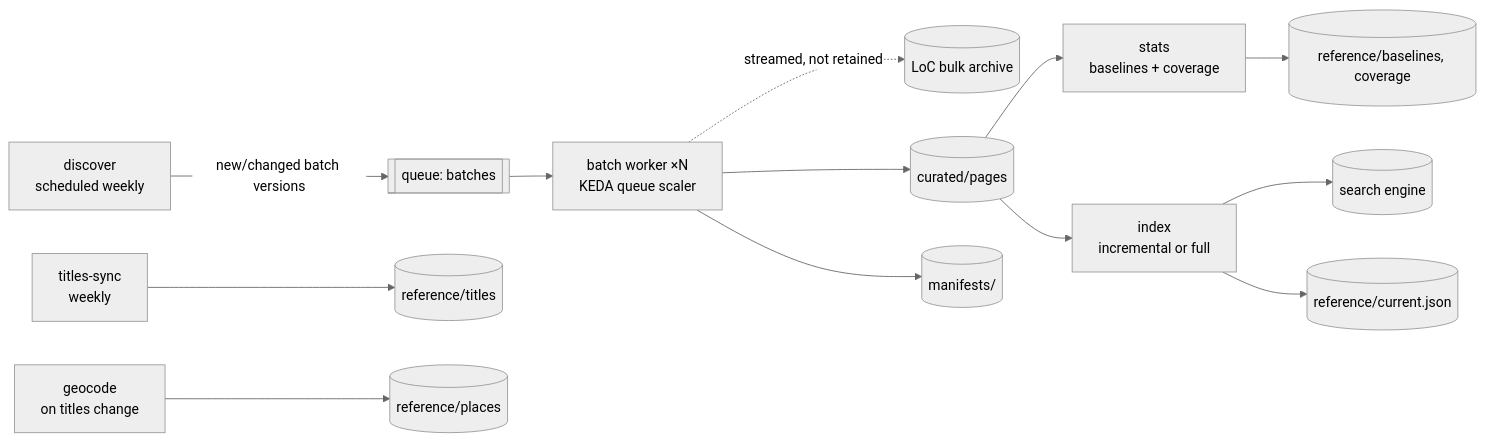
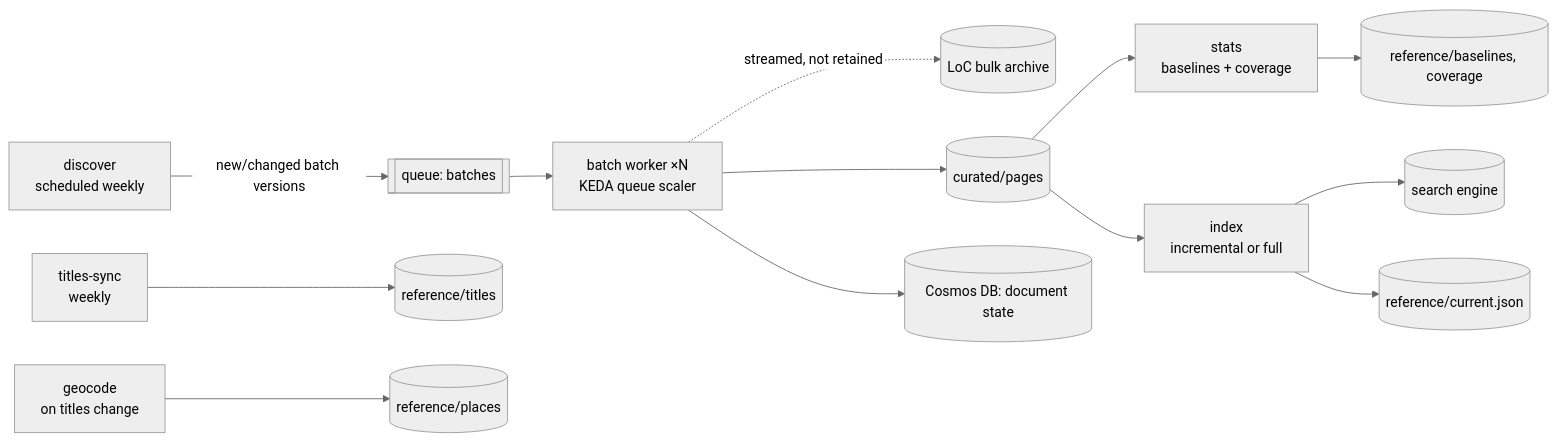
The diagram in docs/design/04-data-sources-and-ingestion.md (tgoodyear/usnewsmap.com), drawn with Mermaid (neutral theme) before and after one commit. The commit also changed other lines of this file and 8 other files, not shown here.

First line of the commit message:
Use Cosmos DB free tier for pipeline document state

````diff
--- a/docs/design/04-data-sources-and-ingestion.md
+++ b/docs/design/04-data-sources-and-ingestion.md
@@ -76,13 +74,13 @@
 ```mermaid
 flowchart LR
   D[discover<br/>scheduled weekly] -->|new/changed batch versions| Q[[queue: batches]]
   Q --> B[batch worker ×N<br/>KEDA queue scaler]
   B -. streamed, not retained .-> RAW[(LoC bulk archive)]
   B --> CUR[(curated/pages)]
-  B --> MAN[(manifests/)]
+  B --> MAN[(Cosmos DB: document state)]
   T[titles-sync<br/>weekly] --> REFT[(reference/titles)]
   G[geocode<br/>on titles change] --> REFP[(reference/places)]
   CUR --> S[stats<br/>baselines + coverage] --> REFB[(reference/baselines, coverage)]
   CUR --> I[index<br/>incremental or full] --> SE[(search engine)]
   I --> CURJ[(reference/current.json)]
 ```
````
